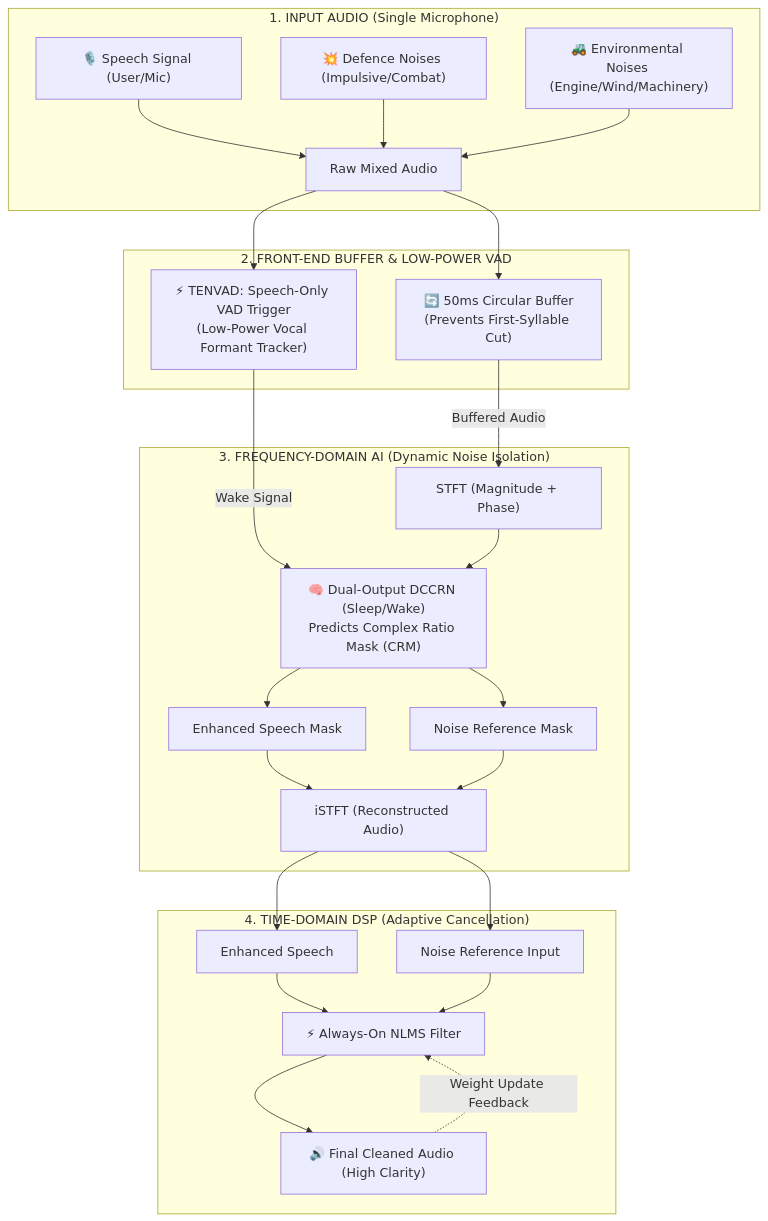
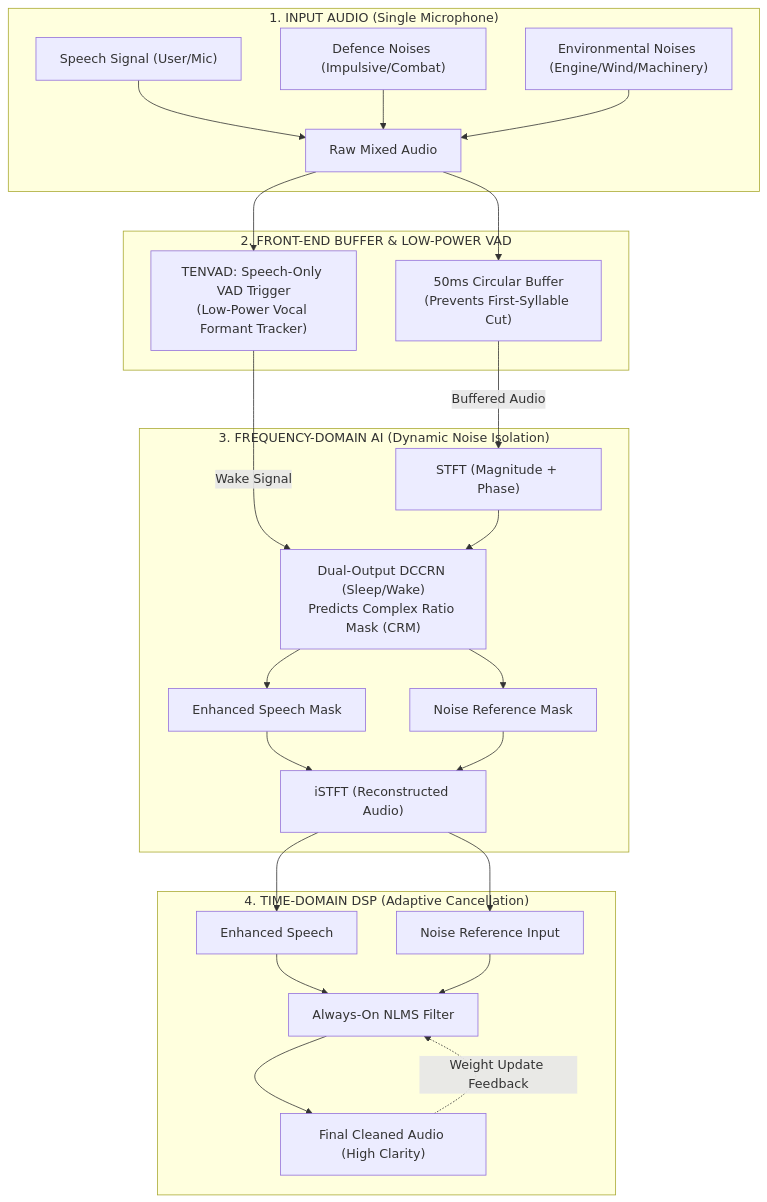
The diagram in README.md (Yogi1218/sonic-shield), drawn with Mermaid before and after one commit. The commit also changed other lines of this file and 3 other files, not shown here.

````diff
--- a/README.md
+++ b/README.md
@@ -17,32 +17,32 @@
 ```mermaid
 flowchart TD
     subgraph INPUT ["1. INPUT AUDIO (Single Microphone)"]
-        S["🎙️ Speech Signal (User/Mic)"]
-        D["💥 Defence Noises (Impulsive/Combat)"]
-        E["🚜 Environmental Noises (Engine/Wind/Machinery)"]
+        S["Speech Signal (User/Mic)"]
+        D["Defence Noises (Impulsive/Combat)"]
+        E["Environmental Noises (Engine/Wind/Machinery)"]
         S & D & E --> MIX["Raw Mixed Audio"]
     end
 
     subgraph PRE ["2. FRONT-END BUFFER & LOW-POWER VAD"]
-        MIX --> BUF["🔄 50ms Circular Buffer\n(Prevents First-Syllable Cut)"]
-        MIX --> VAD["⚡ TENVAD: Speech-Only VAD Trigger\n(Low-Power Vocal Formant Tracker)"]
+        MIX --> BUF["50ms Circular Buffer\n(Prevents First-Syllable Cut)"]
+        MIX --> VAD["TENVAD: Speech-Only VAD Trigger\n(Low-Power Vocal Formant Tracker)"]
     end
 
     subgraph AI ["3. FREQUENCY-DOMAIN AI (Dynamic Noise Isolation)"]
-        VAD -- "Wake Signal" --> DCCRN_BLOCK["🧠 Dual-Output DCCRN (Sleep/Wake)\nPredicts Complex Ratio Mask (CRM)"]
+        VAD -- "Wake Signal" --> DCCRN_BLOCK["Dual-Output DCCRN (Sleep/Wake)\nPredicts Complex Ratio Mask (CRM)"]
         BUF -- "Buffered Audio" --> STFT["STFT (Magnitude + Phase)"]
         STFT --> DCCRN_BLOCK
         DCCRN_BLOCK --> OUT_S["Enhanced Speech Mask"]
         DCCRN_BLOCK --> OUT_N["Noise Reference Mask"]
         OUT_S & OUT_N --> ISTFT["iSTFT (Reconstructed Audio)"]
     end
 
     subgraph DSP ["4. TIME-DOMAIN DSP (Adaptive Cancellation)"]
         ISTFT --> ES["Enhanced Speech"]
         ISTFT --> NR["Noise Reference Input"]
-        ES --> NLMS["⚡ Always-On NLMS Filter"]
+        ES --> NLMS["Always-On NLMS Filter"]
         NR --> NLMS
-        NLMS --> CLEAN["🔊 Final Cleaned Audio (High Clarity)"]
+        NLMS --> CLEAN["Final Cleaned Audio (High Clarity)"]
         CLEAN -. "Weight Update Feedback" .-> NLMS
     end
 ```
````
